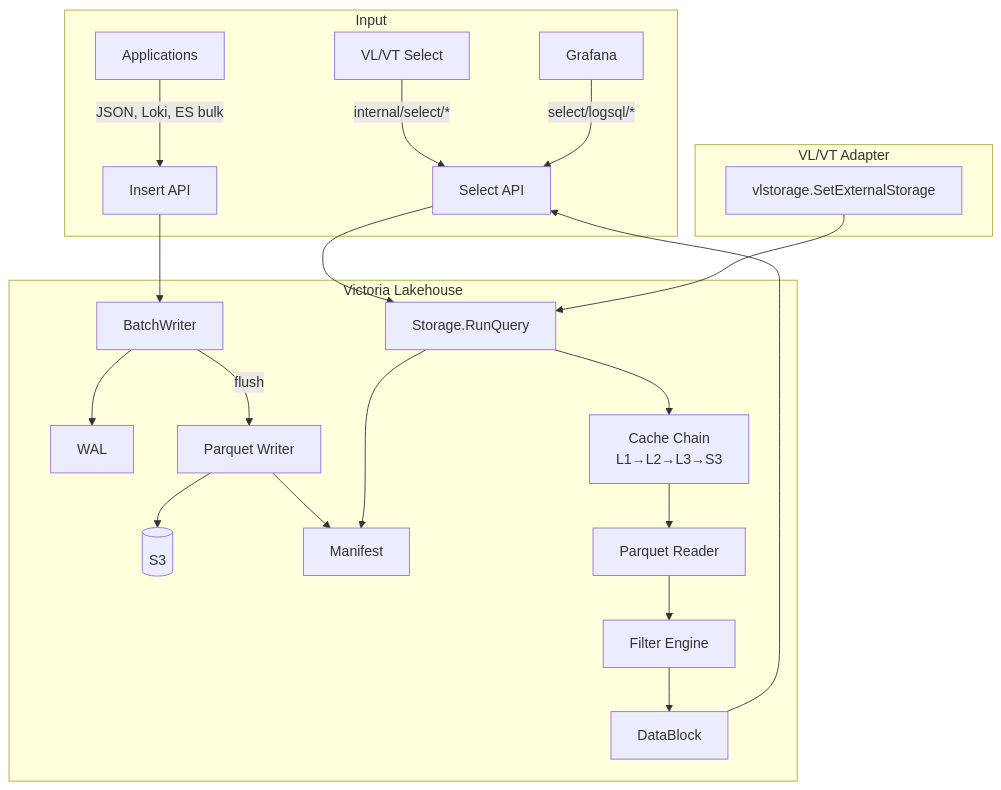
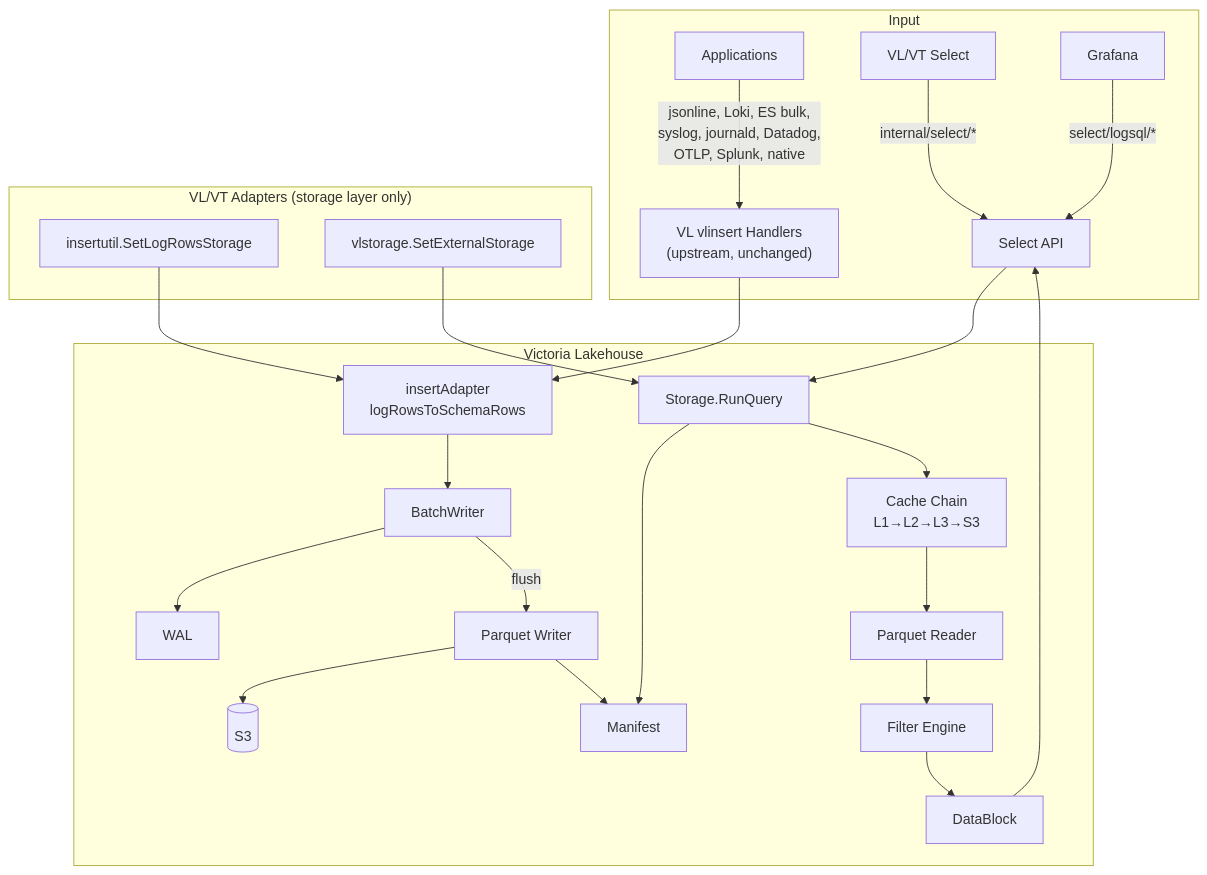
One commit to ReliablyObserve/victoria-lakehouse changed the first of 17 diagrams in docs/storage-flow.md. Above: the diagram before and after it, drawn with Mermaid. The commit also changed other lines of this file and 86 other files, not shown here.

````diff
--- a/docs/storage-flow.md
+++ b/docs/storage-flow.md
@@ -12,28 +12,30 @@
 ```mermaid
 graph TD
     subgraph Input
-        APP[Applications] -->|"JSON, Loki, ES bulk"| INS[Insert API]
+        APP[Applications] -->|"jsonline, Loki, ES bulk,<br/>syslog, journald, Datadog,<br/>OTLP, Splunk, native"| INS["VL vlinsert Handlers<br/>(upstream, unchanged)"]
         VL["VL/VT Select"] -->|"internal/select/*"| SEL[Select API]
         GF[Grafana] -->|"select/logsql/*"| SEL
     end
 
     subgraph Victoria Lakehouse
-        INS --> BW[BatchWriter]
+        INS --> INSAD["insertAdapter<br/>logRowsToSchemaRows"]
+        INSAD --> BW[BatchWriter]
         BW --> WAL[WAL]
         BW -->|flush| PQ[Parquet Writer]
         PQ --> S3[(S3)]
         PQ --> MAN[Manifest]
 
         SEL --> STOR[Storage.RunQuery]
         STOR --> MAN
         STOR --> CACHE[Cache Chain<br/>L1→L2→L3→S3]
         CACHE --> PQR[Parquet Reader]
         PQR --> FILT[Filter Engine]
         FILT --> DB[DataBlock]
         DB --> SEL
     end
 
-    subgraph VL/VT Adapter
+    subgraph "VL/VT Adapters (storage layer only)"
+        VLIAD["insertutil.SetLogRowsStorage"] --> INSAD
         VLAD[vlstorage.SetExternalStorage] --> STOR
     end
 ```
````
